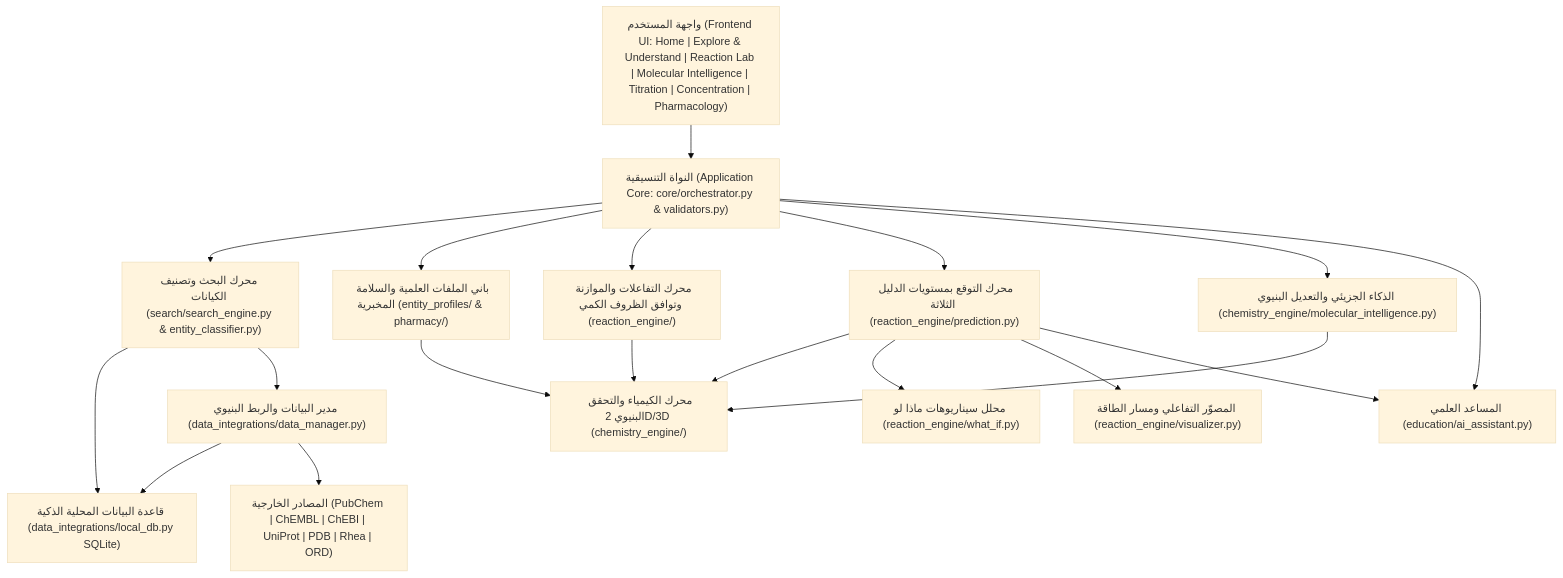
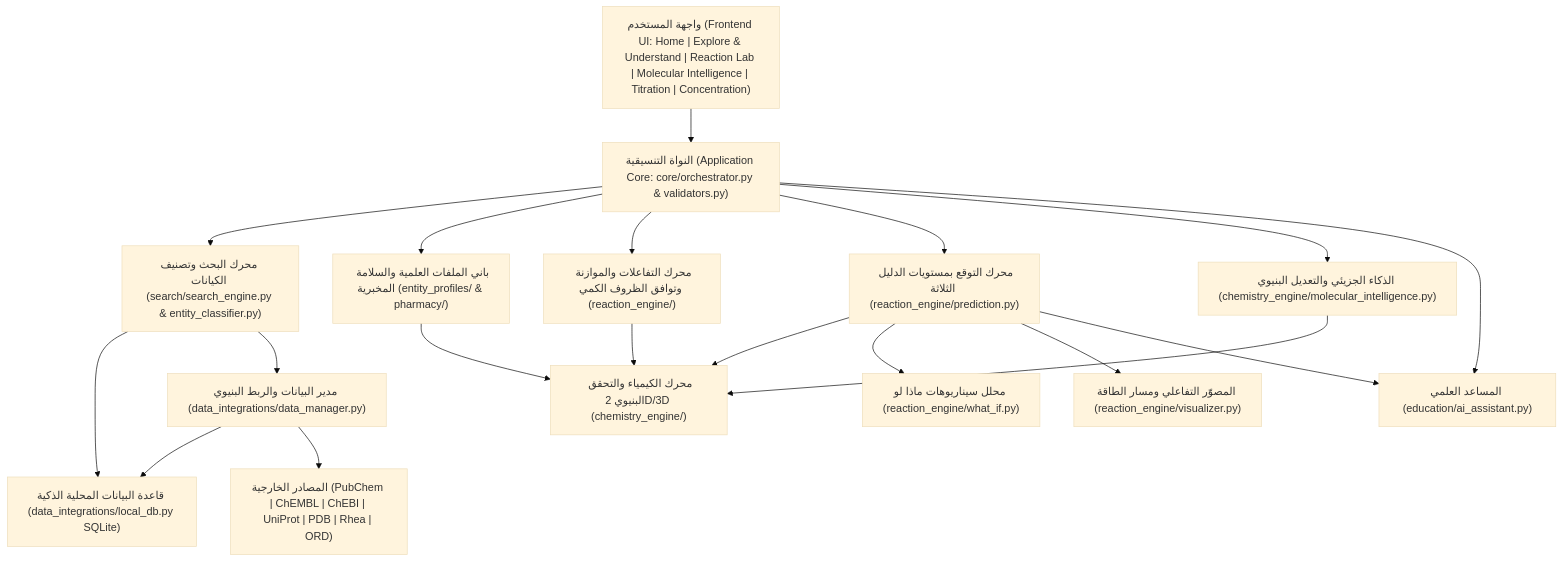
The diagram in README.md (a-muaafa/Moleculens-), drawn with Mermaid (base theme) before and after one commit. The commit also changed other lines of this file and 19 other files, not shown here.

````diff
--- a/README.md
+++ b/README.md
@@ -124,36 +124,36 @@
 ```mermaid
 flowchart TD
-    UI["واجهة المستخدم (Frontend UI: Home | Explore & Understand | Reaction Lab | Molecular Intelligence | Titration | Concentration | Pharmacology)"]
+    UI["واجهة المستخدم (Frontend UI: Home | Explore & Understand | Reaction Lab | Molecular Intelligence | Titration | Concentration)"]
     CORE["النواة التنسيقية (Application Core: core/orchestrator.py & validators.py)"]
     SRCH["محرك البحث وتصنيف الكيانات (search/search_engine.py & entity_classifier.py)"]
     LDB["قاعدة البيانات المحلية الذكية (data_integrations/local_db.py SQLite)"]
     DM["مدير البيانات والربط البنيوي (data_integrations/data_manager.py)"]
     PROF["باني الملفات العلمية والسلامة المخبرية (entity_profiles/ & pharmacy/)"]
     CHEM["محرك الكيمياء والتحقق البنيوي 2D/3D (chemistry_engine/)"]
     MOLINT["الذكاء الجزيئي والتعديل البنيوي (chemistry_engine/molecular_intelligence.py)"]
     RXN["محرك التفاعلات والموازنة وتوافق الظروف الكمي (reaction_engine/)"]
     PRED["محرك التوقع بمستويات الدليل الثلاثة (reaction_engine/prediction.py)"]
     WHATIF["محلل سيناريوهات ماذا لو (reaction_engine/what_if.py)"]
     VIS["المصوّر التفاعلي ومسار الطاقة (reaction_engine/visualizer.py)"]
     AI["المساعد العلمي (education/ai_assistant.py)"]
     EXT["المصادر الخارجية (PubChem | ChEMBL | ChEBI | UniProt | PDB | Rhea | ORD)"]
 
     UI --> CORE
     CORE --> SRCH
     CORE --> PROF
     CORE --> RXN
     CORE --> PRED
     CORE --> MOLINT
     CORE --> AI
     SRCH --> LDB
     SRCH --> DM
     DM --> LDB
     DM --> EXT
     PROF --> CHEM
     MOLINT --> CHEM
     RXN --> CHEM
     PRED --> CHEM
     PRED --> WHATIF
     PRED --> VIS
     PRED --> AI
 ```
````
